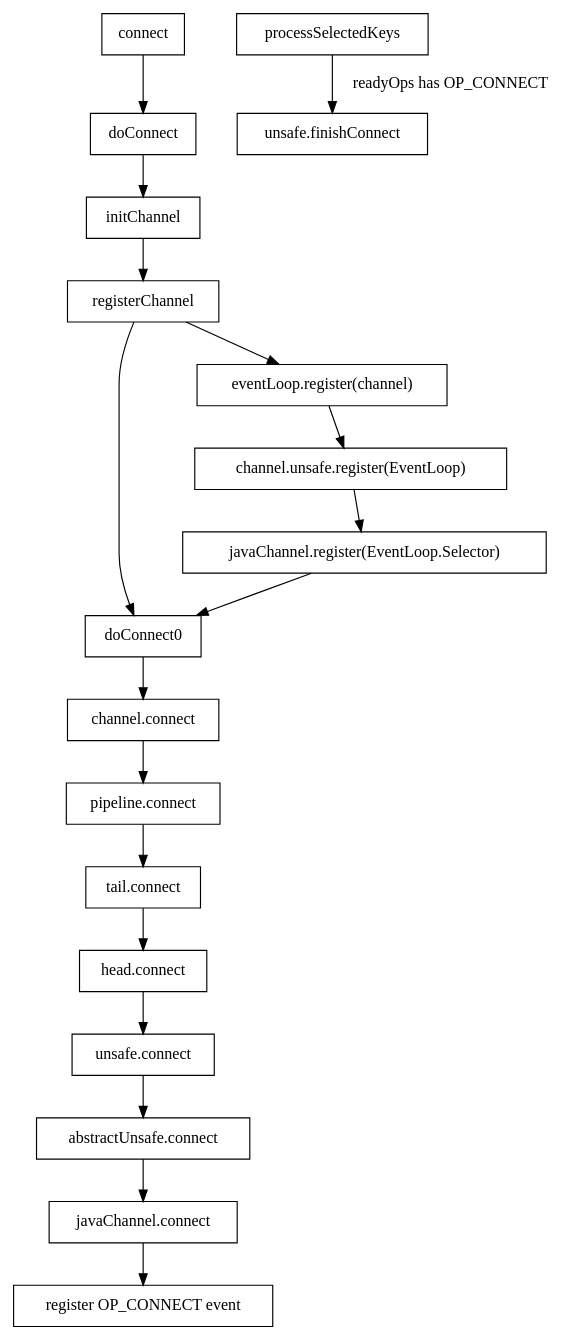
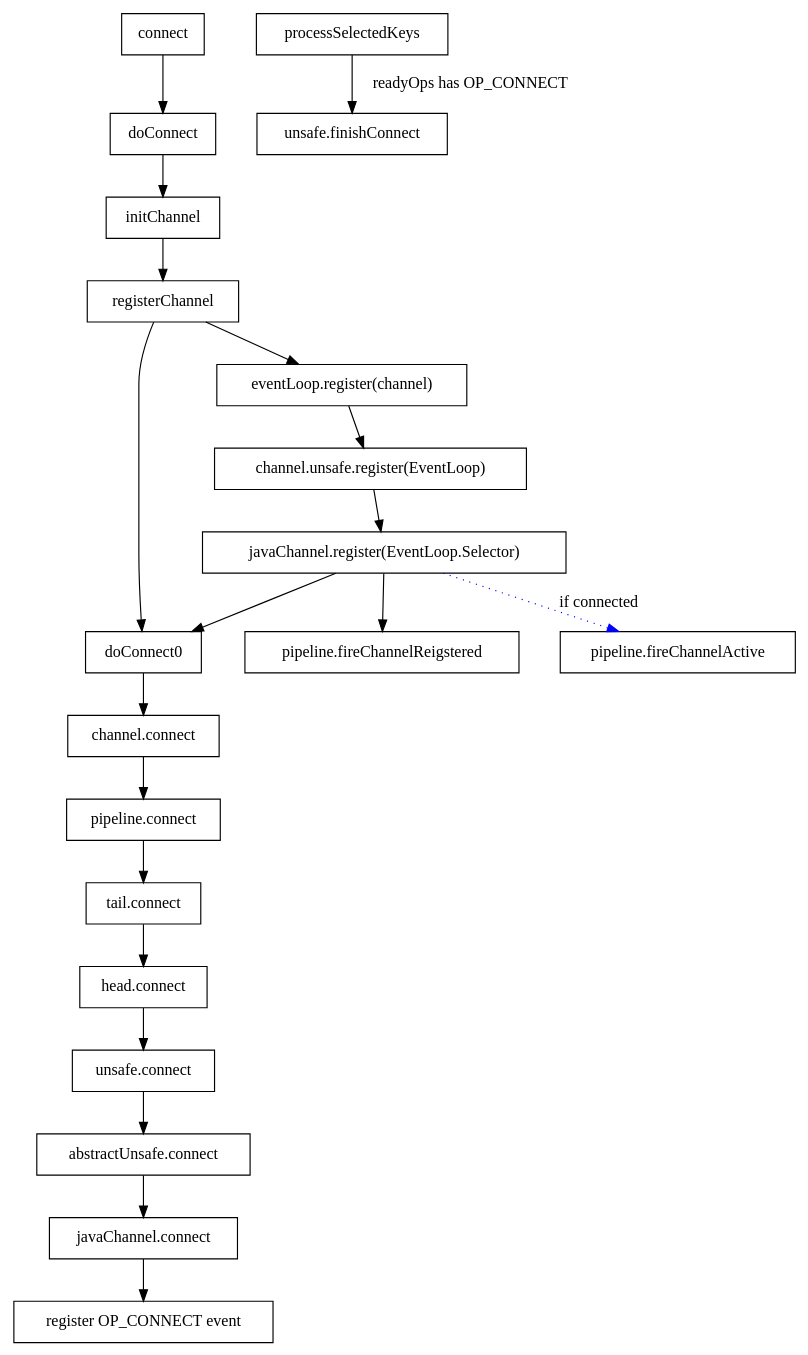
Before and after one commit to ChinaXing/chinaxing.github.com: the second of 3 diagrams in org/articles/Java/2015-02-21-netty-boostrap.org, drawn with Graphviz. The commit also changed other lines of this file and 137 other files, not shown here.

```diff
--- a/org/articles/Java/2015-02-21-netty-boostrap.org
+++ b/org/articles/Java/2015-02-21-netty-boostrap.org
@@ -63,14 +65,16 @@
 #+BEGIN_SRC dot :file ../../img/netty-bootstrap-client-connect.png :cmdline -T png  -Gdpi=300 :eval no-export :exports results
 digraph connect {
 	node [shape = box ]
         nodesep = 0.5
         fontsize = 10
         connect -> doConnect -> initChannel -> registerChannel
         registerChannel -> doConnect0 -> "channel.connect" 
         "channel.connect" -> "pipeline.connect" -> "tail.connect" 
         "tail.connect" -> "head.connect" -> "unsafe.connect" -> "abstractUnsafe.connect"
         "abstractUnsafe.connect" -> "javaChannel.connect" -> "register OP_CONNECT event"
         "processSelectedKeys" -> "unsafe.finishConnect" [ label = "readyOps has OP_CONNECT" ]
         registerChannel -> "eventLoop.register(channel)" -> "channel.unsafe.register(EventLoop)" -> "javaChannel.register(EventLoop.Selector)" -> doConnect0
+        "javaChannel.register(EventLoop.Selector)" -> "pipeline.fireChannelReigstered"
+        "javaChannel.register(EventLoop.Selector)" -> "pipeline.fireChannelActive" [ style = dotted, color = blue, label = "if connected" ]
 }
 #+END_SRC
```
